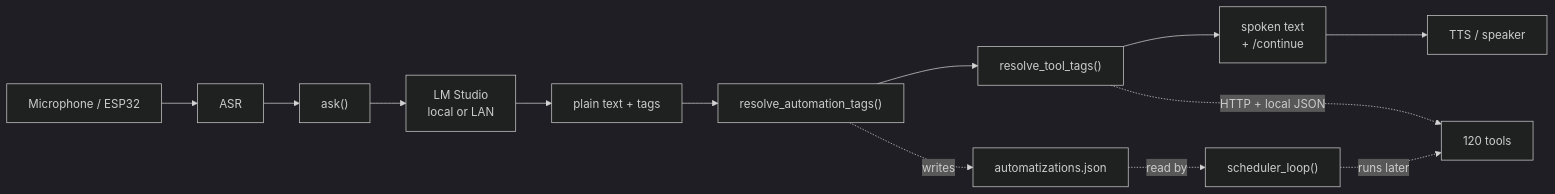
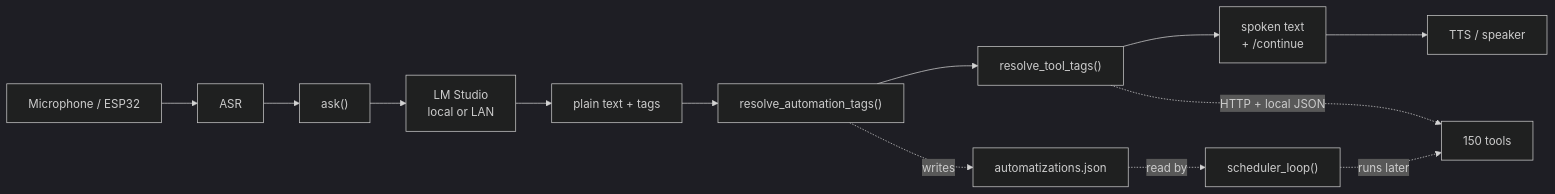
One commit to conzola/kate changed the diagram in LLM/README.md. Above: the diagram before and after it, drawn with Mermaid (dark theme). The commit also changed other lines of this file and 1 other file, not shown here.

Commit message:
Added 30 more tools

````diff
--- a/LLM/README.md
+++ b/LLM/README.md
@@ -122,15 +122,15 @@
 ```mermaid
 flowchart LR
     A["Microphone / ESP32"] --> B["ASR"]
     B --> C["ask()"]
     C --> D["LM Studio<br/>local or LAN"]
     D --> E["plain text + tags"]
     E --> F["resolve_automation_tags()"]
     F --> G["resolve_tool_tags()"]
     G --> H["spoken text<br/>+ /continue"]
     H --> I["TTS / speaker"]
-    G -. "HTTP + local JSON" .-> J["120 tools"]
+    G -. "HTTP + local JSON" .-> J["150 tools"]
     F -. "writes" .-> K["automatizations.json"]
     K -. "read by" .-> L["scheduler_loop()"]
     L -. "runs later" .-> J
 ```
````
